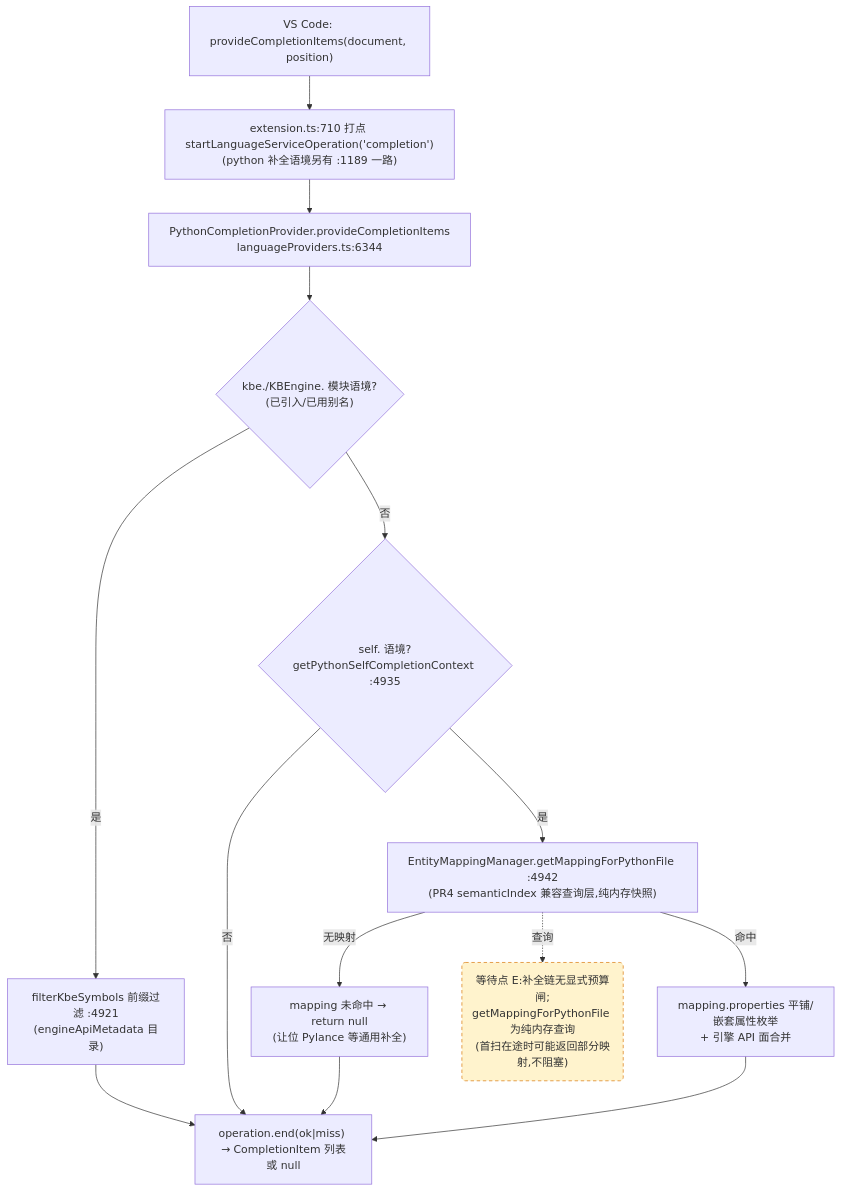
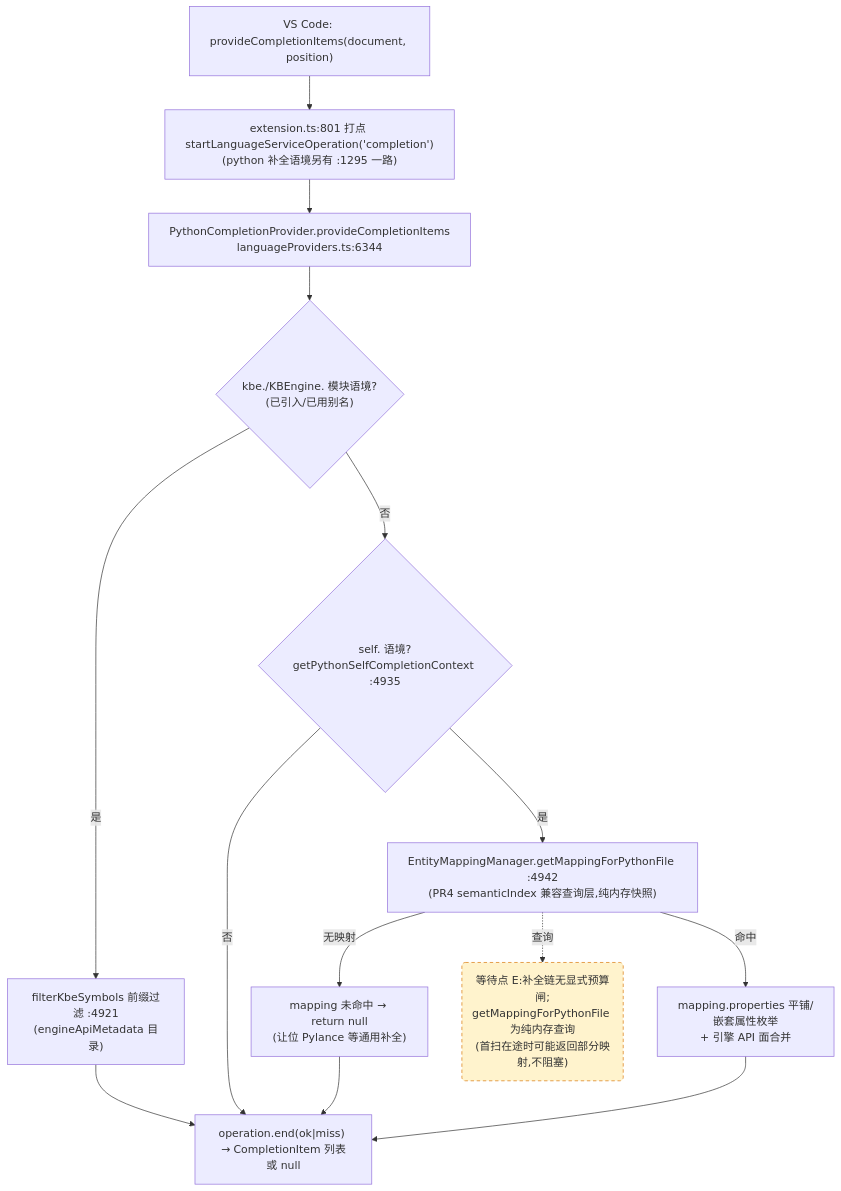
The third of 4 diagrams in docs/perf/2026-baseline.md (cuihairu/kode), drawn with Mermaid before and after one commit. The commit also changed other lines of this file and 7 other files, not shown here.

````diff
--- a/docs/perf/2026-baseline.md
+++ b/docs/perf/2026-baseline.md
@@ -184,27 +184,27 @@
 ```mermaid
 flowchart TD
   VC3["VS Code: provideCompletionItems(document, position)"]
-  M3["extension.ts:710 打点 startLanguageServiceOperation('completion')<br/>(python 补全语境另有 :1189 一路)"]
+  M3["extension.ts:801 打点 startLanguageServiceOperation('completion')<br/>(python 补全语境另有 :1295 一路)"]
   CP["PythonCompletionProvider.provideCompletionItems<br/>languageProviders.ts:6344"]
   KBEC{"kbe./KBEngine. 模块语境?<br/>(已引入/已用别名)"}
   FILTER["filterKbeSymbols 前缀过滤 :4921<br/>(engineApiMetadata 目录)"]
   SELFC{"self. 语境?<br/>getPythonSelfCompletionContext :4935"}
   MAP["EntityMappingManager.getMappingForPythonFile :4942<br/>(PR4 semanticIndex 兼容查询层,纯内存快照)"]
   NOMAP["mapping 未命中 → return null<br/>(让位 Pylance 等通用补全)"]
   PROPS["mapping.properties 平铺/嵌套属性枚举<br/>+ 引擎 API 面合并"]
   END3["operation.end(ok|miss) → CompletionItem 列表或 null"]
 
   VC3 --> M3 --> CP --> KBEC
   KBEC -- "是" --> FILTER --> END3
   KBEC -- "否" --> SELFC
   SELFC -- "否" --> END3
   SELFC -- "是" --> MAP
   MAP -- "无映射" --> NOMAP --> END3
   MAP -- "命中" --> PROPS --> END3
 
   WAITE("等待点 E:补全链无显式预算闸;<br/>getMappingForPythonFile 为纯内存查询<br/>(首扫在途时可能返回部分映射,不阻塞)")
   MAP -.->|查询| WAITE
 
   classDef waitPoint fill:#fff3cd,stroke:#d97706,stroke-dasharray:5 4;
   class WAITE waitPoint;
 ```
````
